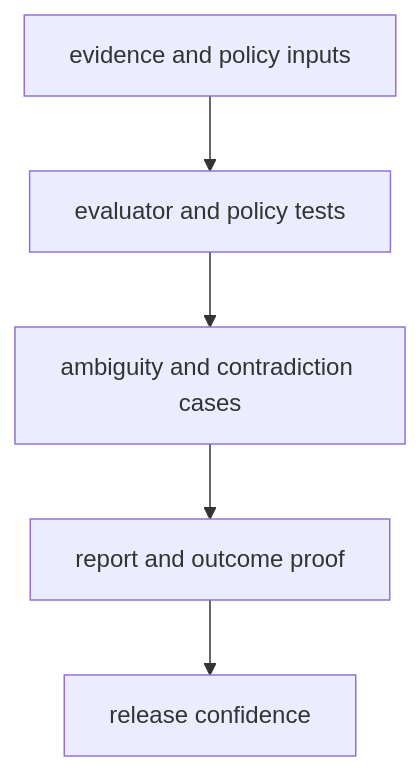
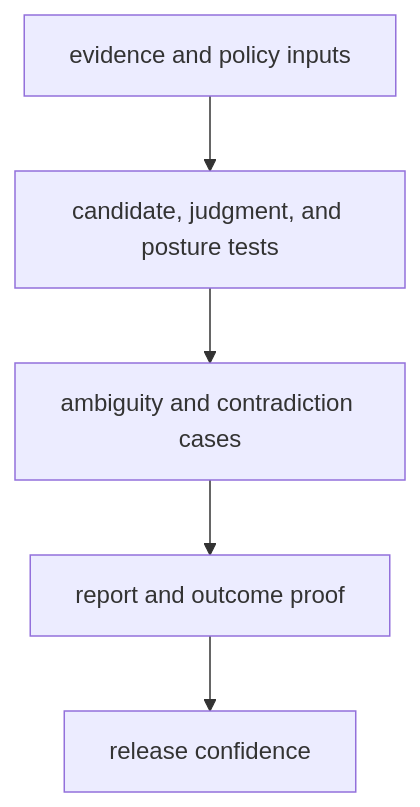
One commit to bijux/bijux-proteomics changed the diagram in docs/05-bijux-proteomics-intelligence/quality/test-strategy.md. Above: the diagram before and after it, drawn with Mermaid. The commit also changed other lines of this file and 35 other files, not shown here.

````diff
--- a/docs/05-bijux-proteomics-intelligence/quality/test-strategy.md
+++ b/docs/05-bijux-proteomics-intelligence/quality/test-strategy.md
@@ -18,13 +18,13 @@
 ```mermaid
 flowchart TB
     inputs["evidence and policy inputs"]
-    evaluators["evaluator and policy tests"]
+    evaluators["candidate, judgment, and posture tests"]
     ambiguity["ambiguity and contradiction cases"]
     outputs["report and outcome proof"]
     release["release confidence"]
 
     inputs --> evaluators
     evaluators --> ambiguity
     ambiguity --> outputs
     outputs --> release
 ```
````
